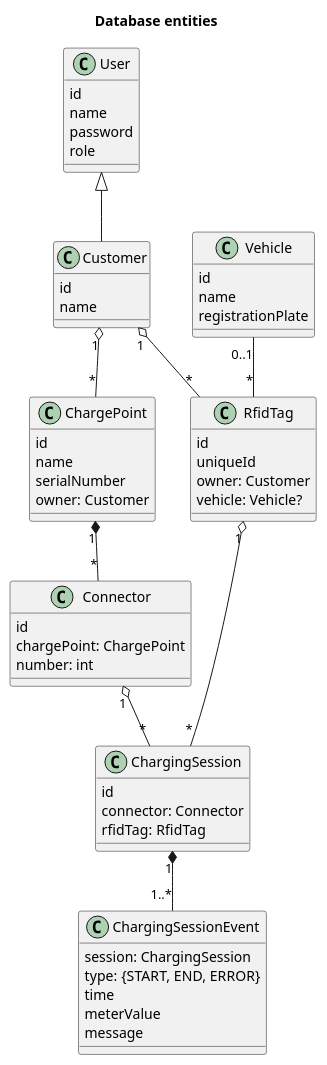
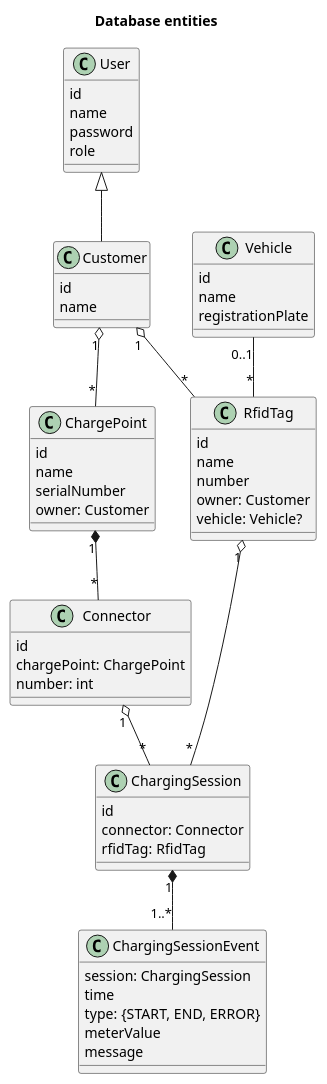
One commit to gelin/netvalue-code-challenge changed the diagram in docs/entities.puml. Above: the diagram before and after it, drawn with PlantUML. The commit also changed 8 other files, not shown here.

```diff
--- a/docs/entities.puml
+++ b/docs/entities.puml
@@ -1,72 +1,73 @@
 @startuml
 
 title Database entities
 
 class User {
     id
     name
     password
     role
 }
 
 class Customer {
     id
     name
 }
 
 User <|-- Customer
 
 class ChargePoint {
     id
     name
     serialNumber
     owner: Customer
 }
 
 Customer "1" o-- "*" ChargePoint
 
 class Connector {
     id
     chargePoint: ChargePoint
     number: int
 }
 
 ChargePoint "1" *-- "*" Connector
 
 class RfidTag {
     id
-    uniqueId
+    name
+    number
     owner: Customer
     vehicle: Vehicle?
 }
 
 Customer "1" o-- "*" RfidTag
 
 class Vehicle {
     id
     name
     registrationPlate
 }
 
 Vehicle "0..1" -- "*" RfidTag
 
 class ChargingSession {
     id
     connector: Connector
     rfidTag: RfidTag
 }
 
 Connector "1" o-- "*" ChargingSession
 RfidTag "1" o-- "*" ChargingSession
 
 class ChargingSessionEvent {
     session: ChargingSession
+    time
     type: {START, END, ERROR}
-    time
     meterValue
     message
 }
 
 ChargingSession "1" *-- "1..*" ChargingSessionEvent
 
 @enduml
```
